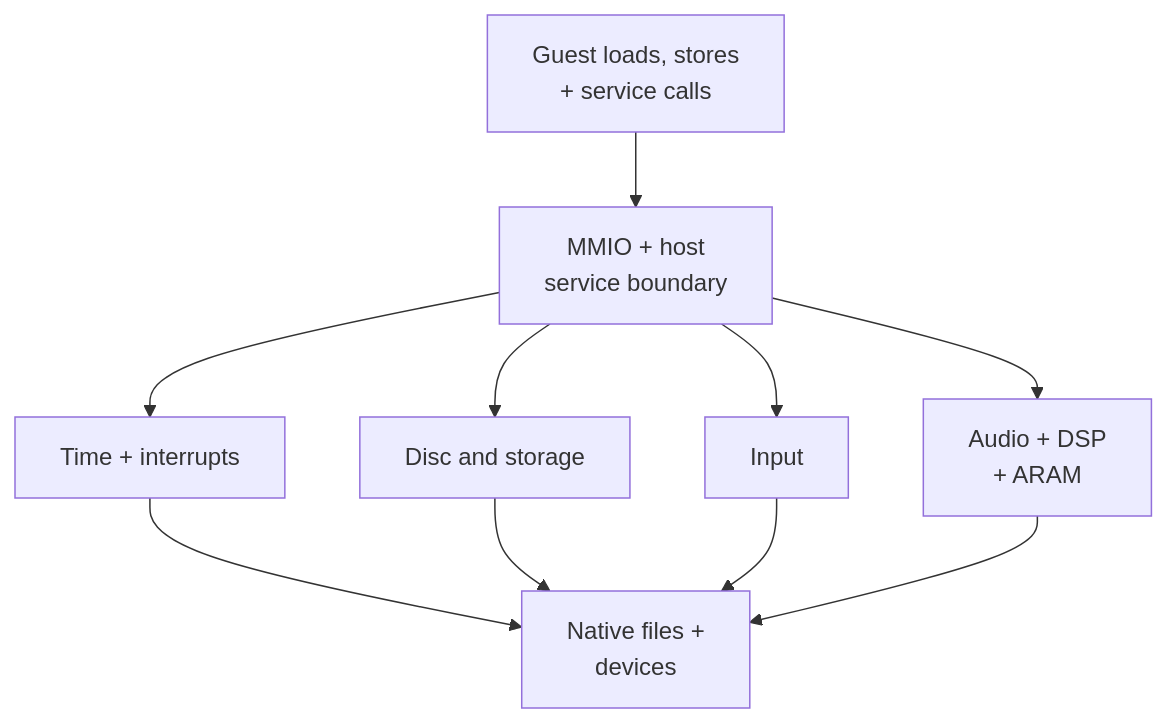
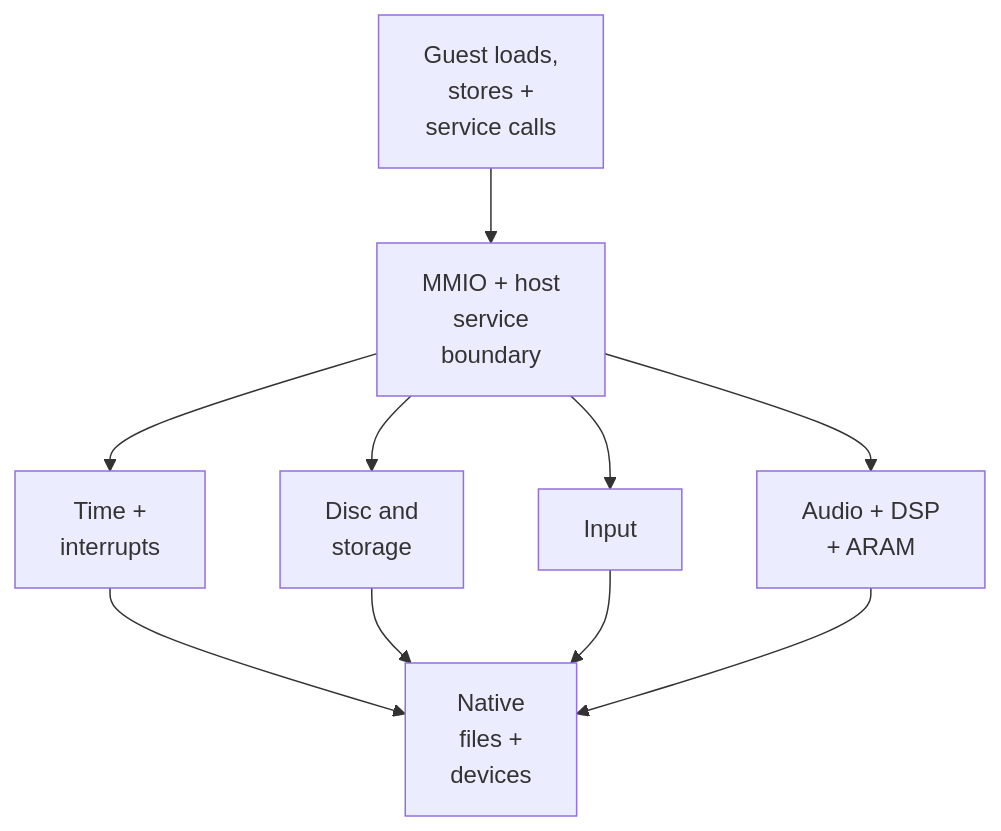
Before and after one commit to Aelbannan/boat_of_daphnes: the diagram in docs/architecture/runtime/Services.md, drawn with Mermaid. The commit also changed 6 other files, not shown here.

Commit message:
docs: wrap Mermaid labels for GitHub width

````diff
--- a/docs/architecture/runtime/Services.md
+++ b/docs/architecture/runtime/Services.md
@@ -19,24 +19,29 @@
 ```mermaid
 flowchart TD
-    Game["`Guest loads, stores
-+ service calls`"]
+    Game["`Guest loads,
+stores +
+service calls`"]
     Boundary["`MMIO + host
-service boundary`"]
-    Time["Time + interrupts"]
-    Disc["Disc and storage"]
+service
+boundary`"]
+    Time["`Time +
+interrupts`"]
+    Disc["`Disc and
+storage`"]
     Input["Input"]
     Audio["`Audio + DSP
 + ARAM`"]
-    Platform["`Native files +
+    Platform["`Native
+files +
 devices`"]
 
     Game --> Boundary
     Boundary --> Time
     Boundary --> Disc
     Boundary --> Input
     Boundary --> Audio
     Time --> Platform
     Disc --> Platform
     Input --> Platform
     Audio --> Platform
 ```
````
